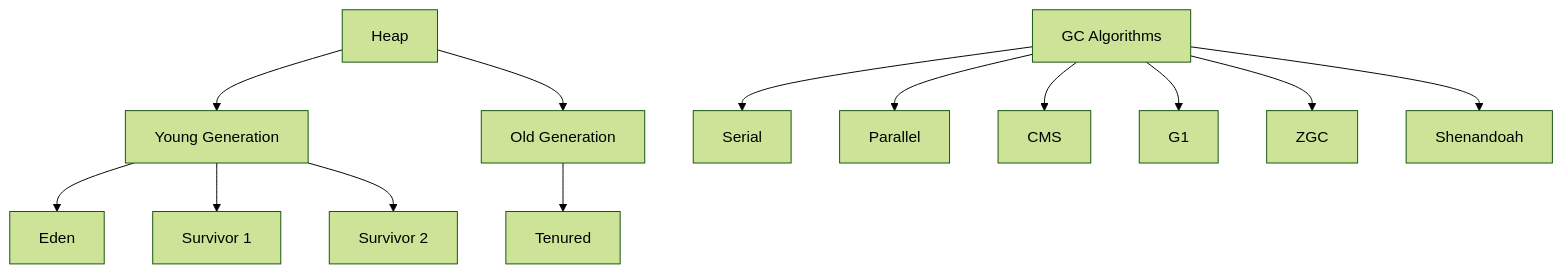
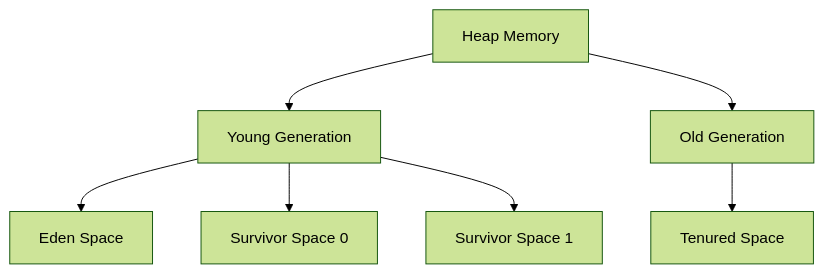
One commit to VrushankPatel/interview-matters changed the first of 4 diagrams in garbage-collection-algorithms/README.md. Above: the diagram before and after it, drawn with Mermaid (forest theme). The commit also changed other lines of this file and 3 other files, not shown here.

````diff
--- a/garbage-collection-algorithms/README.md
+++ b/garbage-collection-algorithms/README.md
@@ -66,16 +23,9 @@
 ```mermaid
 graph TD
-    A[Heap] --> B[Young Generation]
+    A[Heap Memory] --> B[Young Generation]
     A --> C[Old Generation]
-    B --> D[Eden]
-    B --> E[Survivor 1]
-    B --> F[Survivor 2]
-    C --> G[Tenured]
-    
-    H[GC Algorithms] --> I[Serial]
-    H --> J[Parallel]
-    H --> K[CMS]
-    H --> L[G1]
-    H --> M[ZGC]
-    H --> N[Shenandoah]
+    B --> D[Eden Space]
+    B --> E[Survivor Space 0]
+    B --> F[Survivor Space 1]
+    C --> G[Tenured Space]
 ```
````
